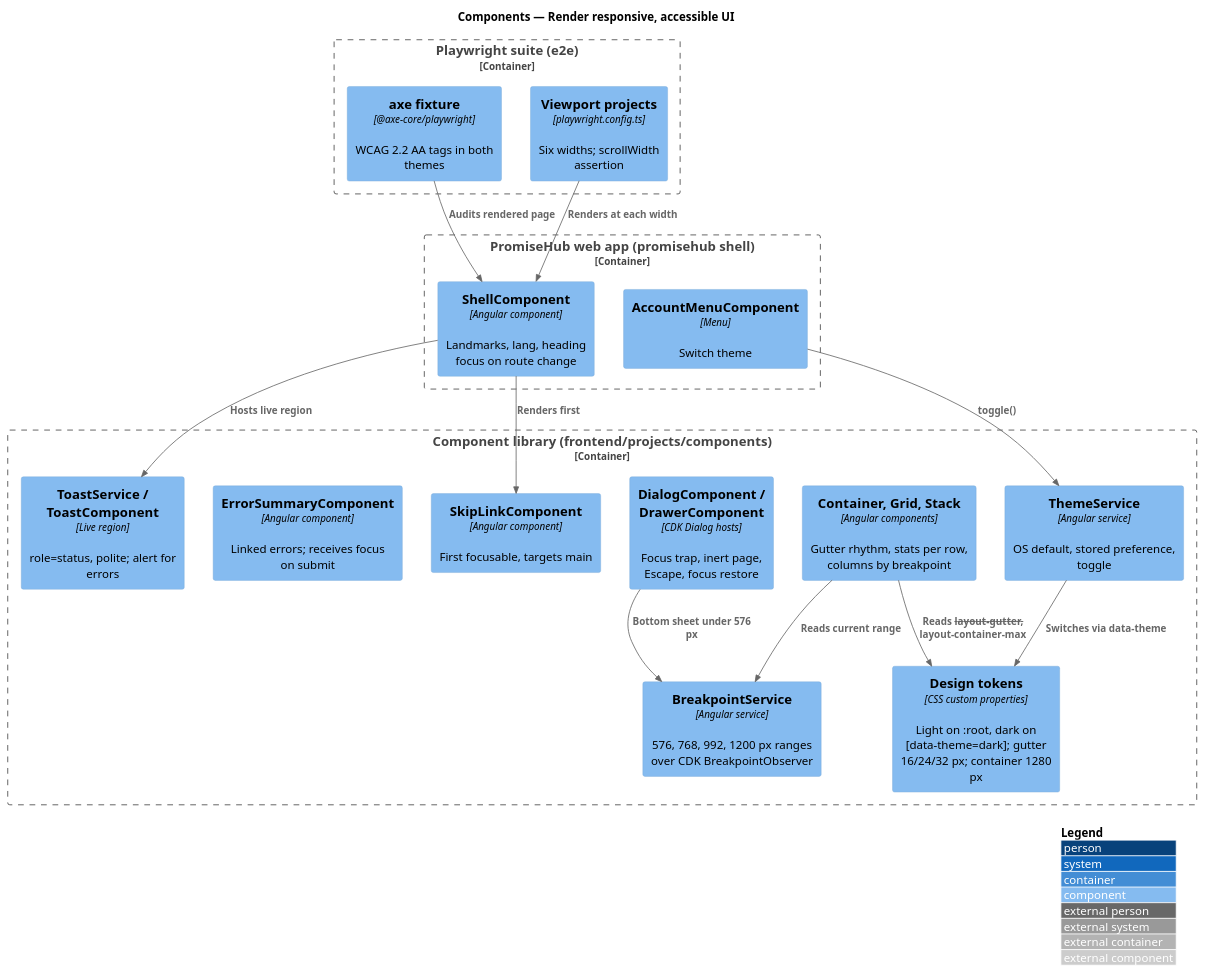
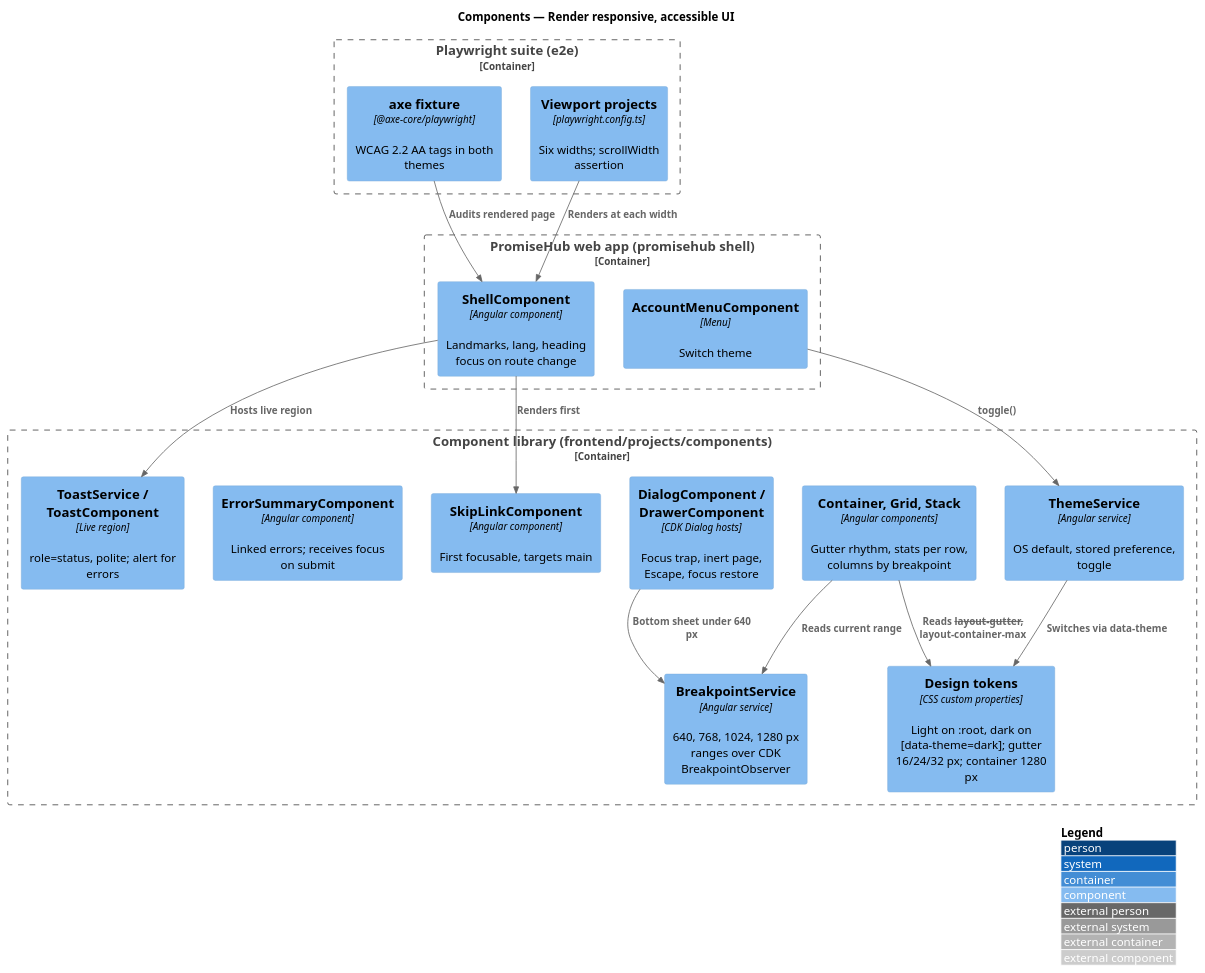
The diagram in docs/detailed-designs/shell/render-responsive-accessible-ui/diagrams/c4-component.puml (QuinntyneBrown/promise-hub), drawn with PlantUML before and after one commit. The commit also changed 154 other files, not shown here.

```diff
--- a/docs/detailed-designs/shell/render-responsive-accessible-ui/diagrams/c4-component.puml
+++ b/docs/detailed-designs/shell/render-responsive-accessible-ui/diagrams/c4-component.puml
@@ -1,33 +1,33 @@
 @startuml
 !include <C4/C4_Component>
 LAYOUT_WITH_LEGEND()
 title Components — Render responsive, accessible UI
 
 Container_Boundary(components, "Component library (frontend/projects/components)") {
   Component(tokens, "Design tokens", "CSS custom properties", "Light on :root, dark on [data-theme=dark]; gutter 16/24/32 px; container 1280 px")
   Component(layout, "Container, Grid, Stack", "Angular components", "Gutter rhythm, stats per row, columns by breakpoint")
-  Component(bp, "BreakpointService", "Angular service", "576, 768, 992, 1200 px ranges over CDK BreakpointObserver")
+  Component(bp, "BreakpointService", "Angular service", "640, 768, 1024, 1280 px ranges over CDK BreakpointObserver")
   Component(theme, "ThemeService", "Angular service", "OS default, stored preference, toggle")
   Component(dialog, "DialogComponent / DrawerComponent", "CDK Dialog hosts", "Focus trap, inert page, Escape, focus restore")
   Component(toast, "ToastService / ToastComponent", "Live region", "role=status, polite; alert for errors")
   Component(summary, "ErrorSummaryComponent", "Angular component", "Linked errors; receives focus on submit")
   Component(skip, "SkipLinkComponent", "Angular component", "First focusable, targets main")
 }
 Container_Boundary(web, "PromiseHub web app (promisehub shell)") {
   Component(shell, "ShellComponent", "Angular component", "Landmarks, lang, heading focus on route change")
   Component(account, "AccountMenuComponent", "Menu", "Switch theme")
 }
 Container_Boundary(e2e, "Playwright suite (e2e)") {
   Component(axe, "axe fixture", "@axe-core/playwright", "WCAG 2.2 AA tags in both themes")
   Component(viewports, "Viewport projects", "playwright.config.ts", "Six widths; scrollWidth assertion")
 }
 Rel(layout, tokens, "Reads --layout-gutter, --layout-container-max")
 Rel(layout, bp, "Reads current range")
 Rel(theme, tokens, "Switches via data-theme")
 Rel(shell, skip, "Renders first")
 Rel(shell, toast, "Hosts live region")
 Rel(account, theme, "toggle()")
-Rel(dialog, bp, "Bottom sheet under 576 px")
+Rel(dialog, bp, "Bottom sheet under 640 px")
 Rel(axe, shell, "Audits rendered page")
 Rel(viewports, shell, "Renders at each width")
 @enduml
```
